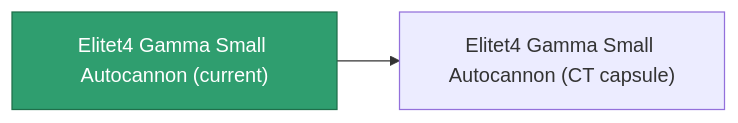
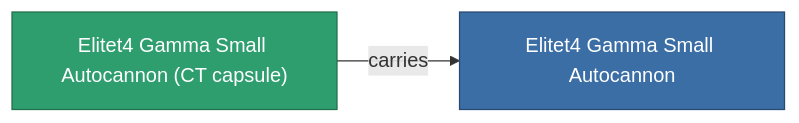
The diagram in content/content/items/elitet4_gamma_small_autocannon.md (OpenPerpetuum/Wiki), drawn with Mermaid before and after one commit. The commit also changed other lines of this file and 2015 other files, not shown here.

````diff
--- a/content/content/items/elitet4_gamma_small_autocannon.md
+++ b/content/content/items/elitet4_gamma_small_autocannon.md
@@ -39,8 +39,9 @@
 ```mermaid
 graph LR
-    a["Elitet4 Gamma Small Autocannon (current)"]:::current
-    b["Elitet4 Gamma Small Autocannon (CT capsule)"]
-    a --> b
-    click b "/content/items/elitet4-gamma-small-autocannon-ct-capsule/" "Elitet4 Gamma Small Autocannon (CT capsule)"
+    a["Elitet4 Gamma Small Autocannon (CT capsule)"]:::current
+    b["Elitet4 Gamma Small Autocannon"]:::finished
+    a -->|carries| b
+                click b "/content/items/elitet4-gamma-small-autocannon/" "Elitet4 Gamma Small Autocannon"
     classDef current fill:#2f9e6f,stroke:#1f6f4a,color:#ffffff
+    classDef finished fill:#3b6ea5,stroke:#274a75,color:#ffffff
 ```
````
